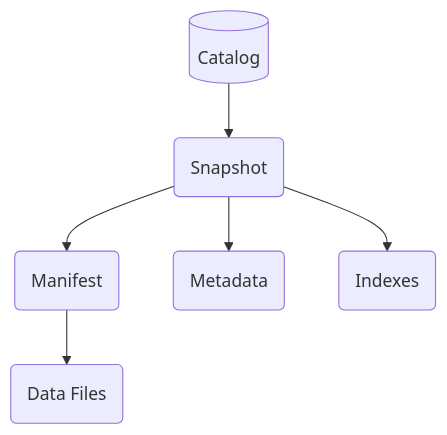
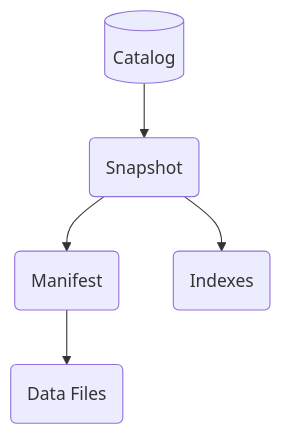
Before and after one commit to mabel-dev/tarchia: the diagram in README.md, drawn with Mermaid.

```diff
--- a/README.md
+++ b/README.md
@@ -38,8 +38,7 @@
 ~~~mermaid
 flowchart TD
     CATALOG[(Catalog)] --> SNAPSHOT(Snapshot)
     SNAPSHOT --> MANIFEST(Manifest)
-    SNAPSHOT --> METADATA(Metadata)
     SNAPSHOT --> INDEX(Indexes)
     MANIFEST --> DATA(Data Files)
 ~~~
```
